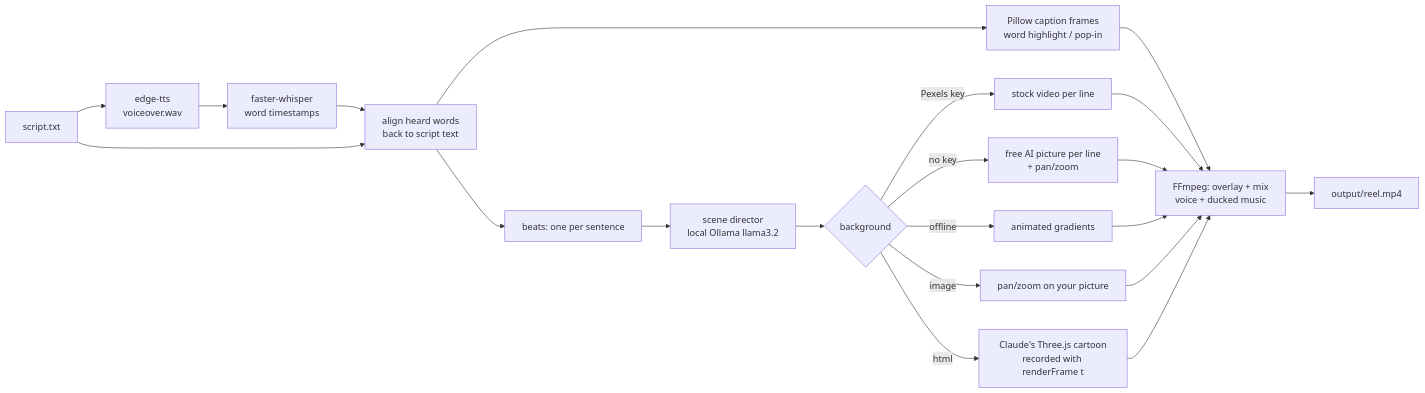
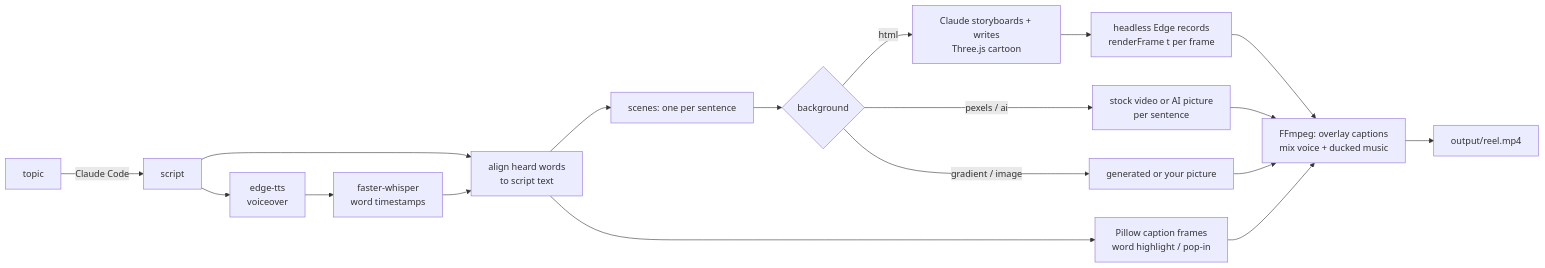
The diagram in README.md (Omkar210404/Reel-Forge), drawn with Mermaid before and after one commit. The commit also changed other lines of this file and 10 other files, not shown here.

````diff
--- a/README.md
+++ b/README.md
@@ -9,23 +138,20 @@
 ```mermaid
 flowchart LR
-    S[script.txt] --> V[edge-tts<br/>voiceover.wav]
+    T[topic] -->|Claude Code| S[script]
+    S --> V[edge-tts<br/>voiceover]
     V --> W[faster-whisper<br/>word timestamps]
-    S --> A[align heard words<br/>back to script text]
+    S --> A[align heard words<br/>to script text]
     W --> A
     A --> C[Pillow caption frames<br/>word highlight / pop-in]
-    A --> B[beats: one per sentence]
-    B --> D[scene director<br/>local Ollama llama3.2]
-    D --> P{background}
-    P -->|Pexels key| X[stock video per line]
-    P -->|no key| AI[free AI picture per line<br/>+ pan/zoom]
-    P -->|offline| G[animated gradients]
-    P -->|image| K[pan/zoom on your picture]
-    P -->|html| H[Claude's Three.js cartoon<br/>recorded with renderFrame t]
-    H --> F
-    C --> F[FFmpeg: overlay + mix<br/>voice + ducked music]
+    A --> B[scenes: one per sentence]
+    B --> P{background}
+    P -->|html| H[Claude storyboards + writes<br/>Three.js cartoon]
+    H --> R[headless Edge records<br/>renderFrame t per frame]
+    P -->|pexels / ai| X[stock video or AI picture<br/>per sentence]
+    P -->|gradient / image| G[generated or your picture]
+    R --> F[FFmpeg: overlay captions<br/>mix voice + ducked music]
     X --> F
-    AI --> F
     G --> F
-    K --> F
+    C --> F
     F --> O[output/reel.mp4]
 ```
````
